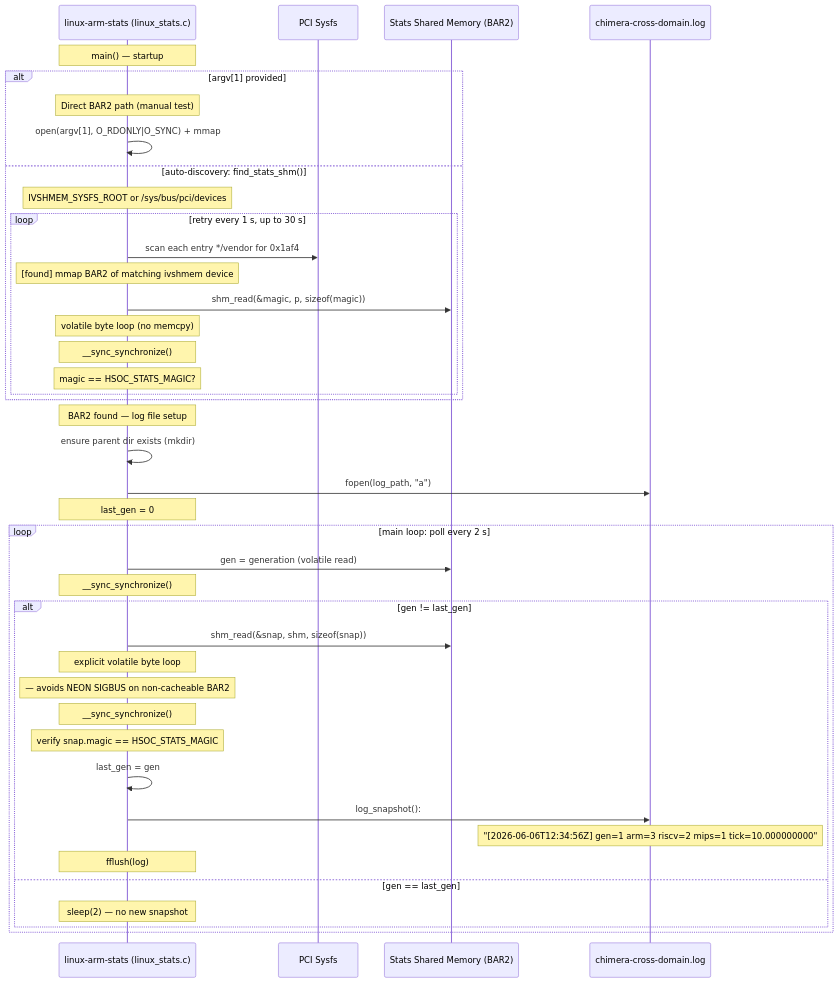
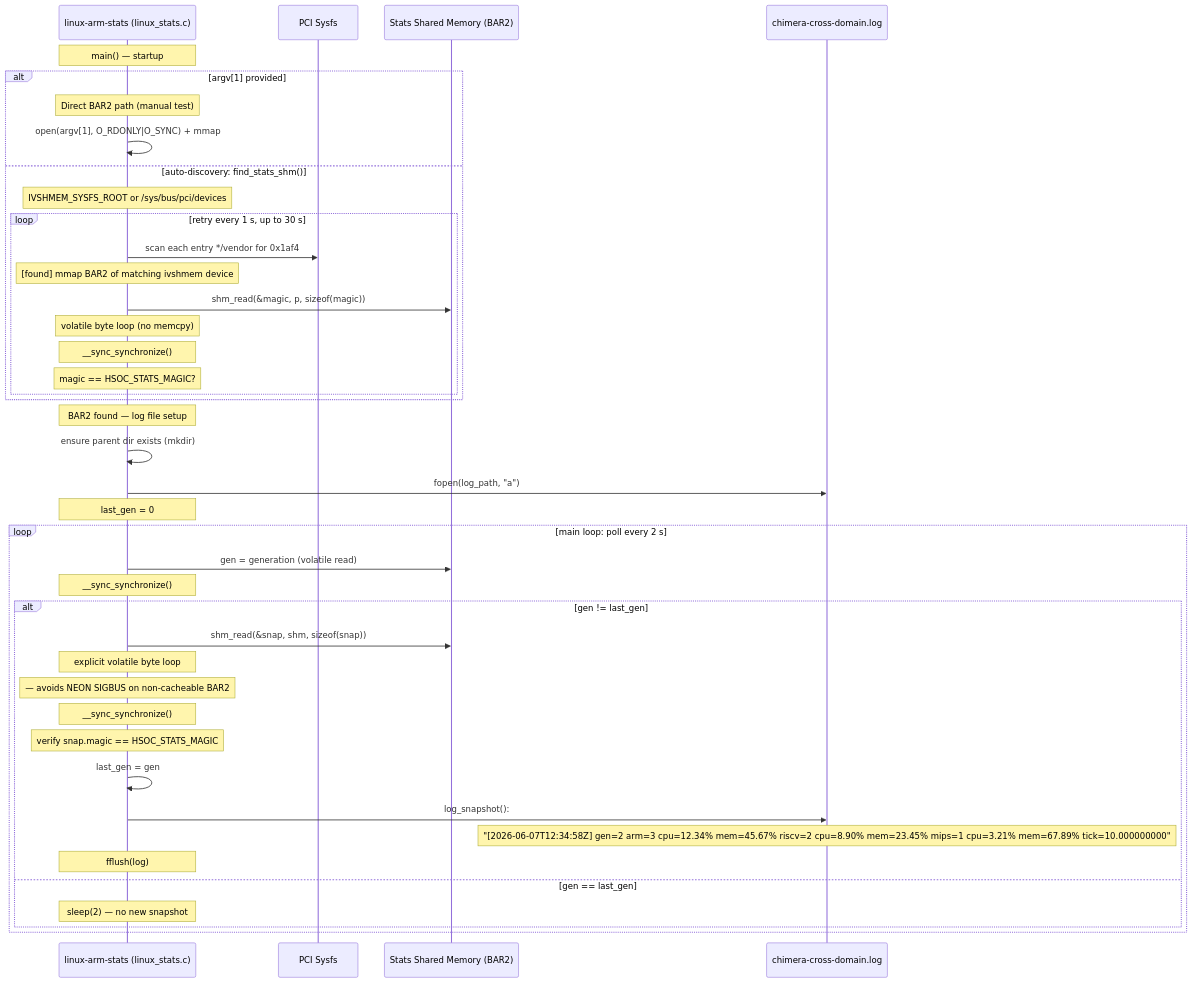
Before and after one commit to yhsung/chimera: the fourth of 4 diagrams in README.md, drawn with Mermaid. The commit also changed other lines of this file, not shown here.

First line of the commit message:
docs: sync README stats-snapshot docs with new CPU/memory log fields

````diff
--- a/README.md
+++ b/README.md
@@ -263,49 +270,49 @@
 ```mermaid
 sequenceDiagram
     participant ST as linux-arm-stats (linux_stats.c)
     participant SYS as PCI Sysfs
     participant SHM as Stats Shared Memory (BAR2)
     participant LOG as chimera-cross-domain.log
 
     Note over ST: main() — startup
 
     alt argv[1] provided
         Note over ST: Direct BAR2 path (manual test)
         ST->>ST: open(argv[1], O_RDONLY|O_SYNC) + mmap
     else auto-discovery: find_stats_shm()
         Note over ST: IVSHMEM_SYSFS_ROOT or /sys/bus/pci/devices
         loop retry every 1 s, up to 30 s
             ST->>SYS: scan each entry */vendor for 0x1af4
             Note over ST: [found] mmap BAR2 of matching ivshmem device
             ST->>SHM: shm_read(&magic, p, sizeof(magic))
             Note over ST: volatile byte loop (no memcpy)
             Note over ST: __sync_synchronize()
             Note over ST: magic == HSOC_STATS_MAGIC?
         end
     end
 
     Note over ST: BAR2 found — log file setup
 
     ST->>ST: ensure parent dir exists (mkdir)
     ST->>LOG: fopen(log_path, "a")
     Note over ST: last_gen = 0
 
     loop main loop: poll every 2 s
         ST->>SHM: gen = generation (volatile read)
         Note over ST: __sync_synchronize()
 
         alt gen != last_gen
             ST->>SHM: shm_read(&snap, shm, sizeof(snap))
             Note over ST: explicit volatile byte loop
             Note over ST: — avoids NEON SIGBUS on non-cacheable BAR2
             Note over ST: __sync_synchronize()
             Note over ST: verify snap.magic == HSOC_STATS_MAGIC
             ST->>ST: last_gen = gen
             ST->>LOG: log_snapshot():
-            Note over LOG: "[2026-06-06T12:34:56Z] gen=1 arm=3 riscv=2 mips=1 tick=10.000000000"
+            Note over LOG: "[2026-06-07T12:34:58Z] gen=2 arm=3 cpu=12.34% mem=45.67% riscv=2 cpu=8.90% mem=23.45% mips=1 cpu=3.21% mem=67.89% tick=10.000000000"
             Note over ST: fflush(log)
         else gen == last_gen
             Note over ST: sleep(2) — no new snapshot
         end
     end
 ```
````
